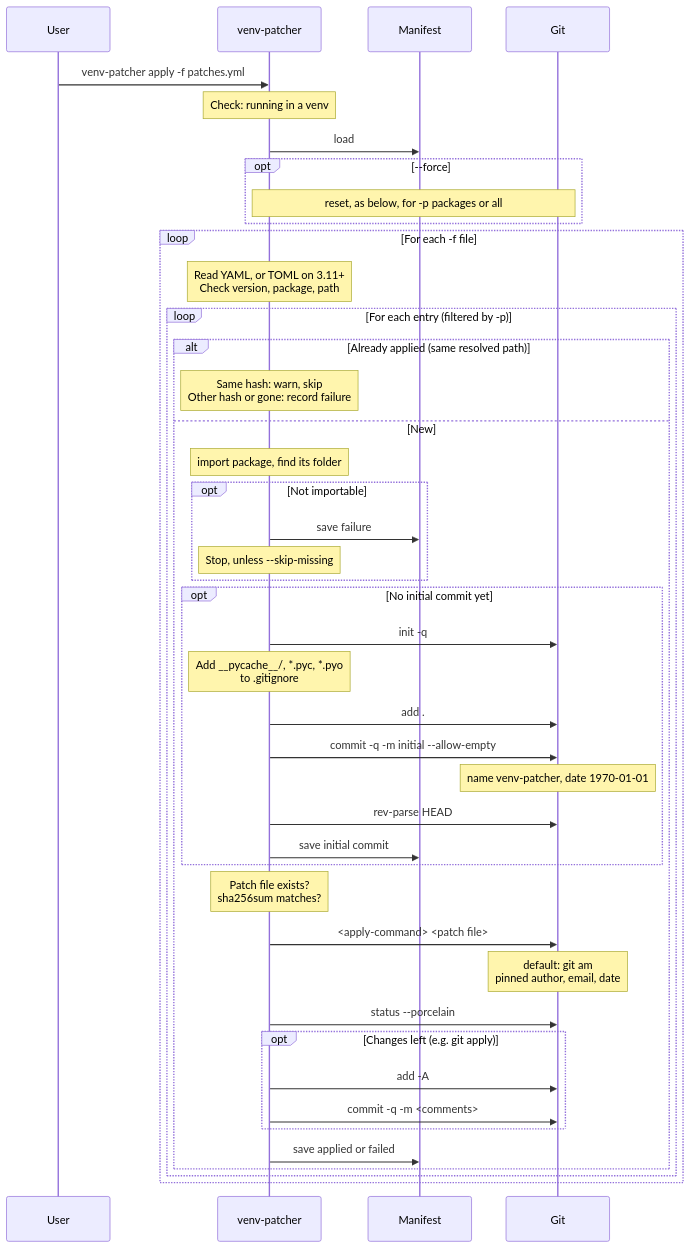
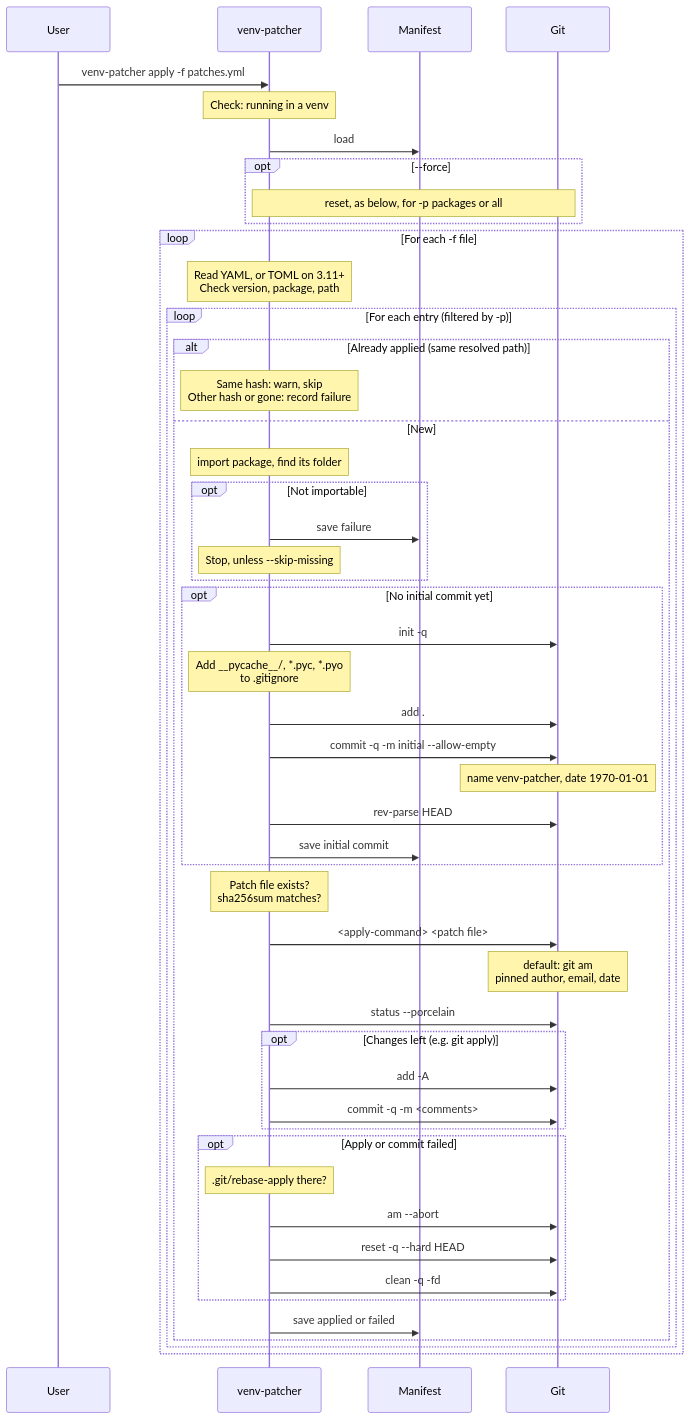
One commit to thorsten-klein/venv-patcher changed the first of 3 diagrams in doc/architecture/diagrams.md. Above: the diagram before and after it, drawn with Mermaid. The commit also changed other lines of this file and 5 other files, not shown here.

````diff
--- a/doc/architecture/diagrams.md
+++ b/doc/architecture/diagrams.md
@@ -13,49 +13,55 @@
 ```mermaid
 sequenceDiagram
     participant User
     participant venv-patcher
     participant Manifest
     participant Git
 
     User->>venv-patcher: venv-patcher apply -f patches.yml
     Note over venv-patcher: Check: running in a venv
     venv-patcher->>Manifest: load
     opt --force
         Note over venv-patcher,Git: reset, as below, for -p packages or all
     end
 
     loop For each -f file
         Note over venv-patcher: Read YAML, or TOML on 3.11+<br/>Check version, package, path
         loop For each entry (filtered by -p)
             alt Already applied (same resolved path)
                 Note over venv-patcher: Same hash: warn, skip<br/>Other hash or gone: record failure
             else New
                 Note over venv-patcher: import package, find its folder
                 opt Not importable
                     venv-patcher->>Manifest: save failure
                     Note over venv-patcher: Stop, unless --skip-missing
                 end
 
                 opt No initial commit yet
                     venv-patcher->>Git: init -q
                     Note over venv-patcher: Add __pycache__/, *.pyc, *.pyo<br/>to .gitignore
                     venv-patcher->>Git: add .
                     venv-patcher->>Git: commit -q -m initial --allow-empty
                     Note over Git: name venv-patcher, date 1970-01-01
                     venv-patcher->>Git: rev-parse HEAD
                     venv-patcher->>Manifest: save initial commit
                 end
 
                 Note over venv-patcher: Patch file exists?<br/>sha256sum matches?
                 venv-patcher->>Git: <apply-command> <patch file>
                 Note over Git: default: git am<br/>pinned author, email, date
                 venv-patcher->>Git: status --porcelain
                 opt Changes left (e.g. git apply)
                     venv-patcher->>Git: add -A
                     venv-patcher->>Git: commit -q -m <comments>
                 end
+                opt Apply or commit failed
+                    Note over venv-patcher: .git/rebase-apply there?
+                    venv-patcher->>Git: am --abort
+                    venv-patcher->>Git: reset -q --hard HEAD
+                    venv-patcher->>Git: clean -q -fd
+                end
                 venv-patcher->>Manifest: save applied or failed
             end
         end
     end
 ```
````
